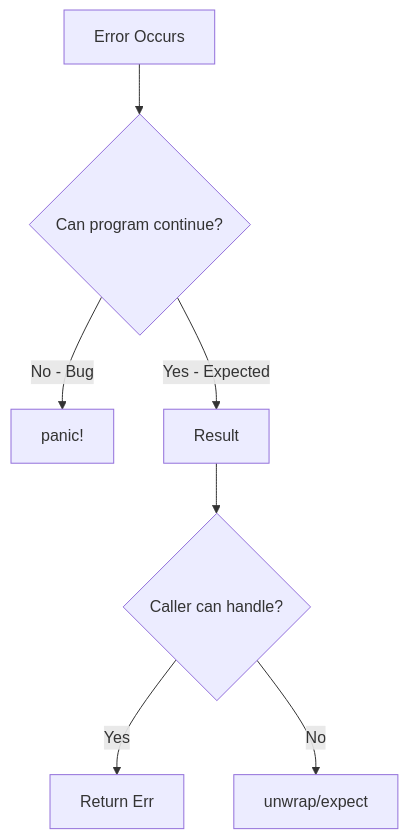
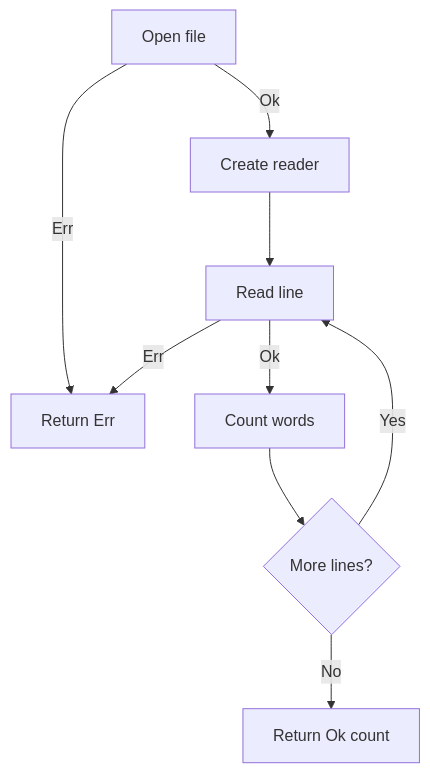
Before and after one commit to MichaelTien8901/rust-guide-tutorial: the sixth of 7 diagrams in part2/08-error-handling.md, drawn with Mermaid. The commit also changed other lines of this file and 1 other file, not shown here.

First line of the commit message:
Enhance error handling and threads with teaching content

````diff
--- a/part2/08-error-handling.md
+++ b/part2/08-error-handling.md
@@ -284,9 +452,11 @@
 ```mermaid
-graph TD
-    A[Error Occurs] --> B{Can program continue?}
-    B -->|No - Bug| C[panic!]
-    B -->|Yes - Expected| D[Result]
-    D --> E{Caller can handle?}
-    E -->|Yes| F[Return Err]
-    E -->|No| G[unwrap/expect]
+flowchart TD
+    A[Open file] -->|Err| X[Return Err]
+    A -->|Ok| B[Create reader]
+    B --> C[Read line]
+    C -->|Err| X
+    C -->|Ok| D[Count words]
+    D --> E{More lines?}
+    E -->|Yes| C
+    E -->|No| F[Return Ok count]
 ```
````
